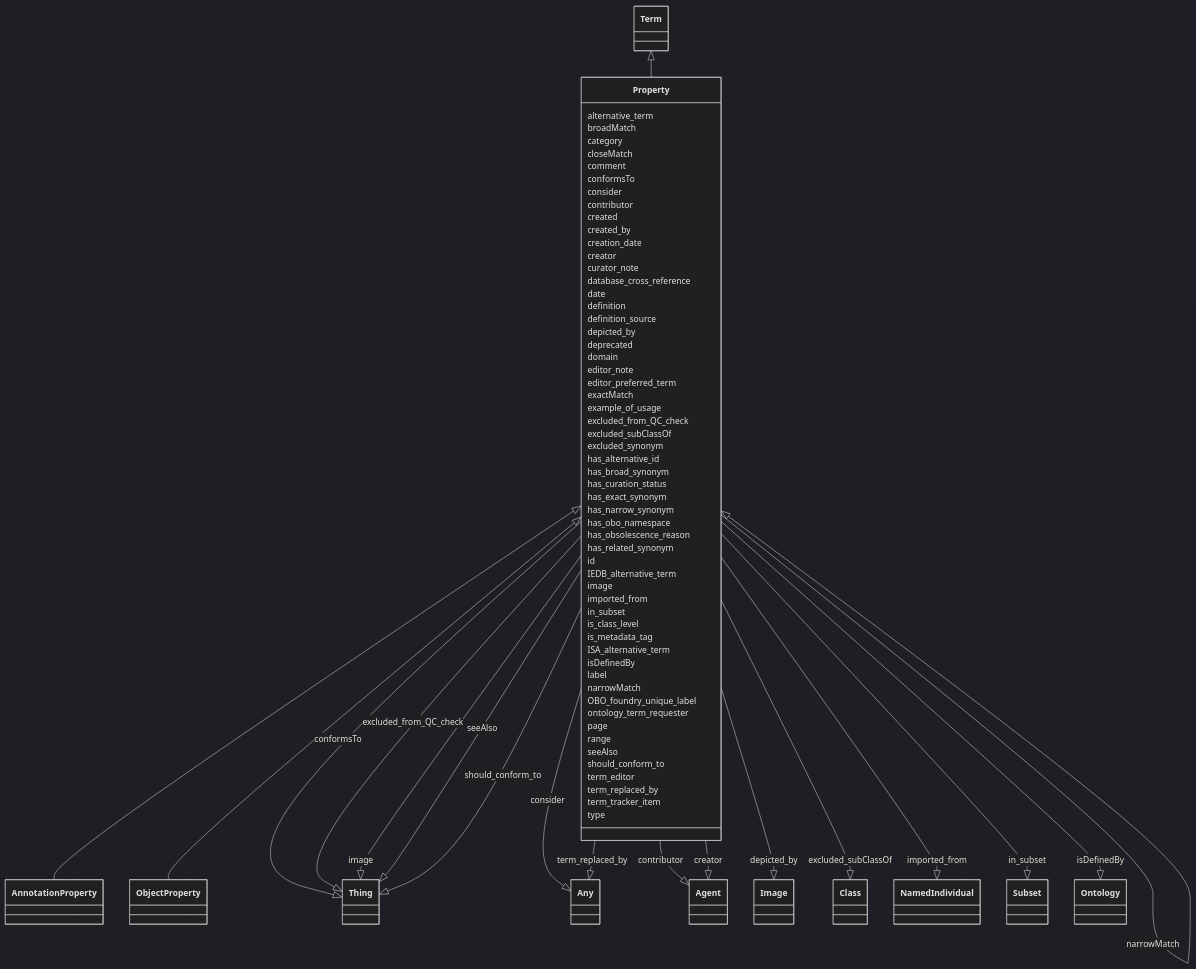
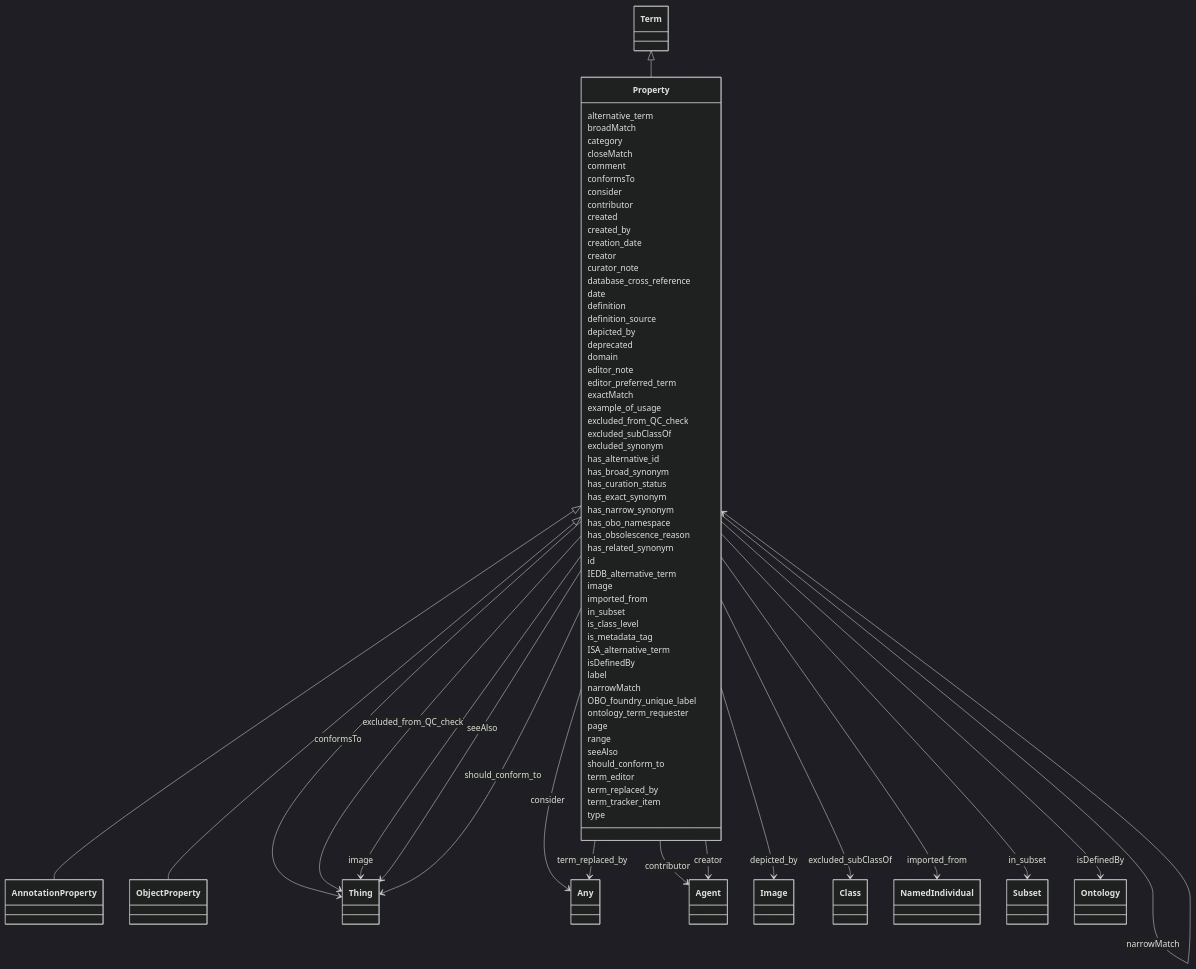
One commit to INCATools/ontology-access-kit changed the diagram in ontology-metadata/Property.md. Above: the diagram before and after it, drawn with Mermaid (dark theme). The commit also changed 389 other files, not shown here.

```diff
--- a/ontology-metadata/Property.md
+++ b/ontology-metadata/Property.md
@@ -23,27 +23,27 @@
         
       Property : broadMatch
         
-          Property --|> Property : broadMatch
+          Property --> Property : broadMatch
         
       Property : category
         
       Property : closeMatch
         
-          Property --|> Property : closeMatch
+          Property --> Property : closeMatch
         
       Property : comment
         
       Property : conformsTo
         
-          Property --|> Thing : conformsTo
+          Property --> Thing : conformsTo
         
       Property : consider
         
-          Property --|> Any : consider
+          Property --> Any : consider
         
       Property : contributor
         
-          Property --|> Agent : contributor
+          Property --> Agent : contributor
         
       Property : created
         
@@ -53,7 +53,7 @@
         
       Property : creator
         
-          Property --|> Agent : creator
+          Property --> Agent : creator
         
       Property : curator_note
         
@@ -67,7 +67,7 @@
         
       Property : depicted_by
         
-          Property --|> Image : depicted_by
+          Property --> Image : depicted_by
         
       Property : deprecated
         
@@ -79,17 +79,17 @@
         
       Property : exactMatch
         
-          Property --|> Property : exactMatch
+          Property --> Property : exactMatch
         
       Property : example_of_usage
         
       Property : excluded_from_QC_check
         
-          Property --|> Thing : excluded_from_QC_check
+          Property --> Thing : excluded_from_QC_check
         
       Property : excluded_subClassOf
         
-          Property --|> Class : excluded_subClassOf
+          Property --> Class : excluded_subClassOf
         
       Property : excluded_synonym
         
@@ -115,15 +115,15 @@
         
       Property : image
         
-          Property --|> Thing : image
+          Property --> Thing : image
         
       Property : imported_from
         
-          Property --|> NamedIndividual : imported_from
+          Property --> NamedIndividual : imported_from
         
       Property : in_subset
         
-          Property --|> Subset : in_subset
+          Property --> Subset : in_subset
         
       Property : is_class_level
         
@@ -133,13 +133,13 @@
         
       Property : isDefinedBy
         
-          Property --|> Ontology : isDefinedBy
+          Property --> Ontology : isDefinedBy
         
       Property : label
         
       Property : narrowMatch
         
-          Property --|> Property : narrowMatch
+          Property --> Property : narrowMatch
         
       Property : OBO_foundry_unique_label
         
@@ -151,17 +151,17 @@
         
       Property : seeAlso
         
-          Property --|> Thing : seeAlso
+          Property --> Thing : seeAlso
         
       Property : should_conform_to
         
-          Property --|> Thing : should_conform_to
+          Property --> Thing : should_conform_to
         
       Property : term_editor
         
       Property : term_replaced_by
         
-          Property --|> Any : term_replaced_by
+          Property --> Any : term_replaced_by
         
       Property : term_tracker_item
         
```
